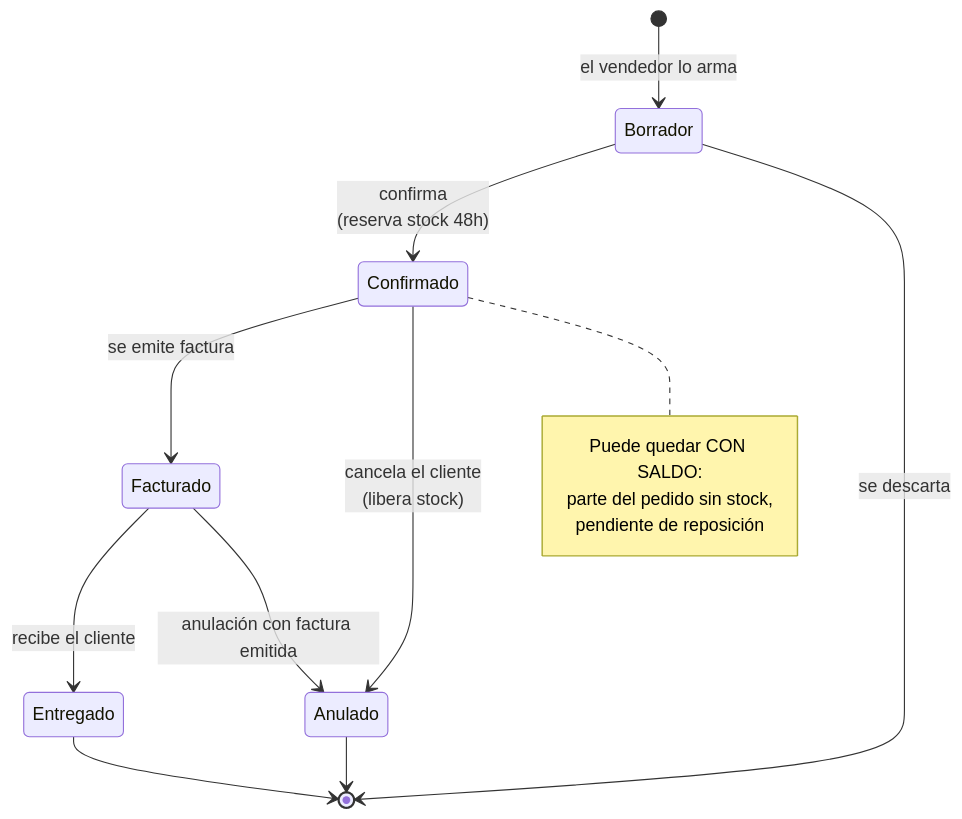
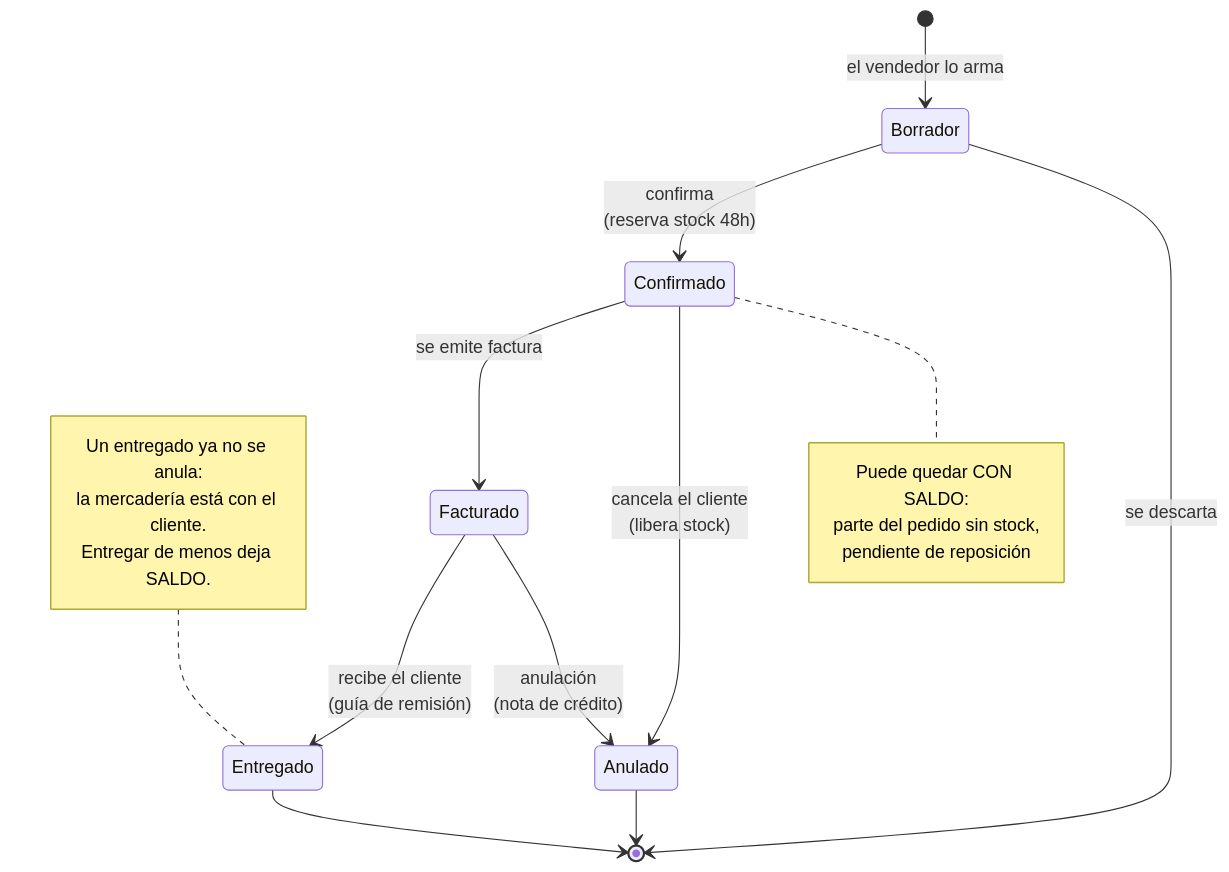
The fourth of 5 diagrams in docs/flujos.md (AlejandroMarceloCh/boston-pedidos-prototipo), drawn with Mermaid before and after one commit. The commit also changed other lines of this file and 1 other file, not shown here.

Commit message:
docs: corregir los 15 estados que la auditoría encontró mal declarados
El patrón del error: se marcaba ✅ porque la lógica existía y estaba
testeada, mientras el flujo real de la aplicación no llegaba a
ejecutarla. RF-17, RF-20/23, RF-41/42, RF-43, RF-44 y RF-45 estaban en
ese caso; todos quedaron ✅ de verdad tras los arreglos de hoy.

Los que bajan y se quedan abajo:
- RF-01 🟡: el stock es actual dentro de este navegador, no ve a los
  otros vendedores. Eso necesita backend.
- RF-40 🟡: hay correlativo y evento, pero no documento real ni SUNAT.

Se agrega el criterio de lectura de la columna: un requisito solo es ✅
si se puede recorrer en la interfaz de punta a punta. Que pase un test
del reducer no alcanza — es exactamente lo que ocultó el P0.

También se actualiza flujos.md: el diagrama de estados no reflejaba que
un entregado ya no se anula, y el de carga decía que el exceso se topea
cuando ahora se registra como solicitud.

````diff
--- a/docs/flujos.md
+++ b/docs/flujos.md
@@ -140,22 +140,28 @@
 ```mermaid
 stateDiagram-v2
     [*] --> Borrador: el vendedor lo arma
 
     Borrador --> Confirmado: confirma<br/>(reserva stock 48h)
     Borrador --> [*]: se descarta
 
     Confirmado --> Facturado: se emite factura
     Confirmado --> Anulado: cancela el cliente<br/>(libera stock)
 
-    Facturado --> Entregado: recibe el cliente
-    Facturado --> Anulado: anulación con factura emitida
+    Facturado --> Entregado: recibe el cliente<br/>(guía de remisión)
+    Facturado --> Anulado: anulación<br/>(nota de crédito)
 
     Entregado --> [*]
     Anulado --> [*]
+
+    note left of Entregado
+        Un entregado ya no se anula:
+        la mercadería está con el cliente.
+        Entregar de menos deja SALDO.
+    end note
 
     note right of Confirmado
         Puede quedar CON SALDO:
         parte del pedido sin stock,
         pendiente de reposición
     end note
 ```
````
